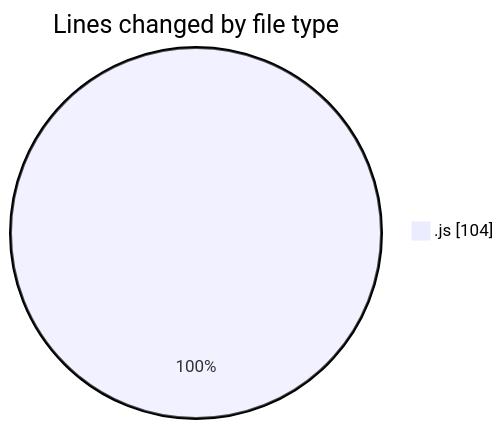
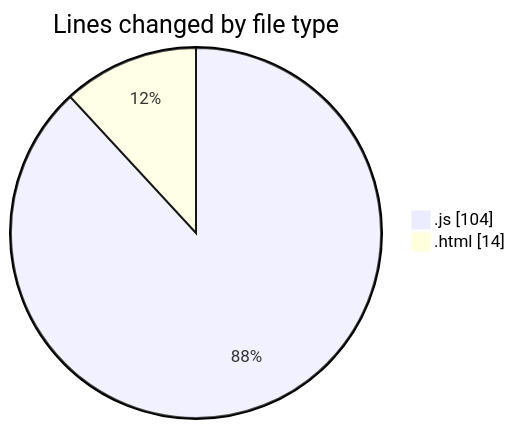
Before and after one commit to IJAZ3593/code-tracking: the first of 2 diagrams in 2025-09-06/koooo/README.md, drawn with Mermaid. The commit also changed other lines of this file and 1 other file, not shown here.

````diff
--- a/2025-09-06/koooo/README.md
+++ b/2025-09-06/koooo/README.md
@@ -20,5 +21,6 @@
 ```mermaid
 pie showData
 title Lines changed by file type
 ".js" : 104
+".html" : 14
 ```
````
